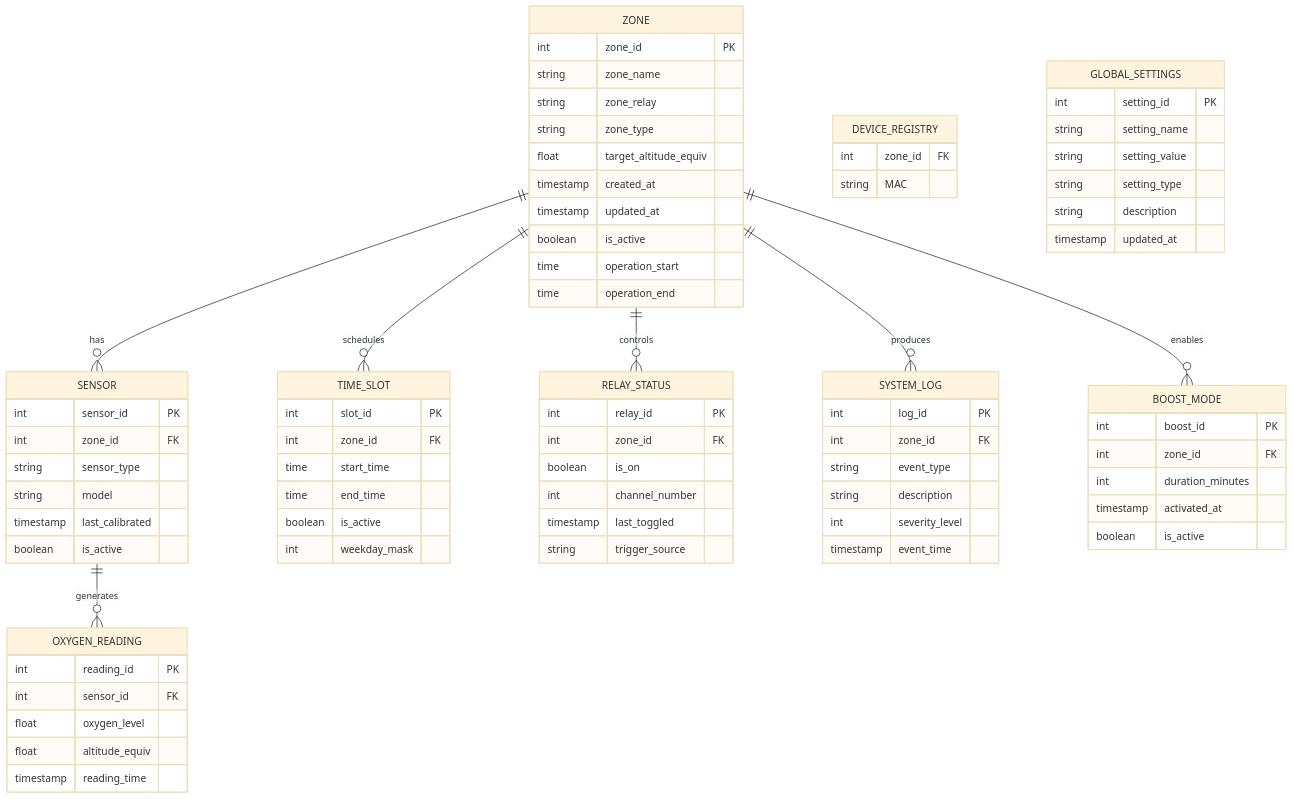
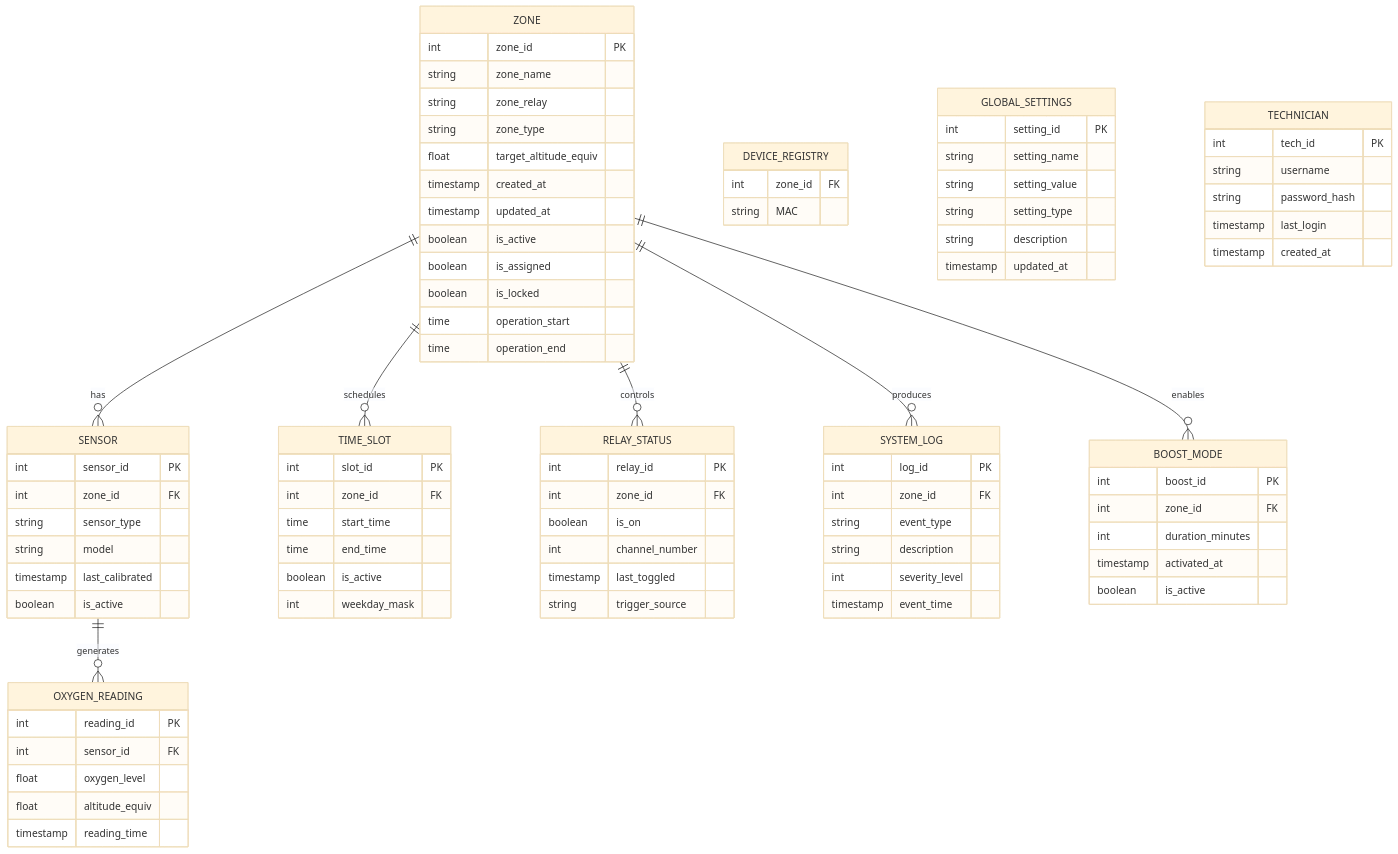
One commit to adityatripathi05/Oxygen-Enrichment-System changed the fourth of 8 diagrams in docs/design_plan.md. Above: the diagram before and after it, drawn with Mermaid (base theme). The commit also changed other lines of this file, not shown here.

```diff
--- a/docs/design_plan.md
+++ b/docs/design_plan.md
@@ -226,6 +253,8 @@
         timestamp created_at
         timestamp updated_at
         boolean is_active
+        boolean is_assigned
+        boolean is_locked
         time operation_start
         time operation_end
     }
@@ -296,6 +325,14 @@
         timestamp updated_at
     }
     
+    TECHNICIAN {
+        int tech_id PK
+        string username
+        string password_hash
+        timestamp last_login
+        timestamp created_at
+    }
+    
     ZONE ||--o{ SENSOR : has
     ZONE ||--o{ TIME_SLOT : schedules
     SENSOR ||--o{ OXYGEN_READING : generates
```
